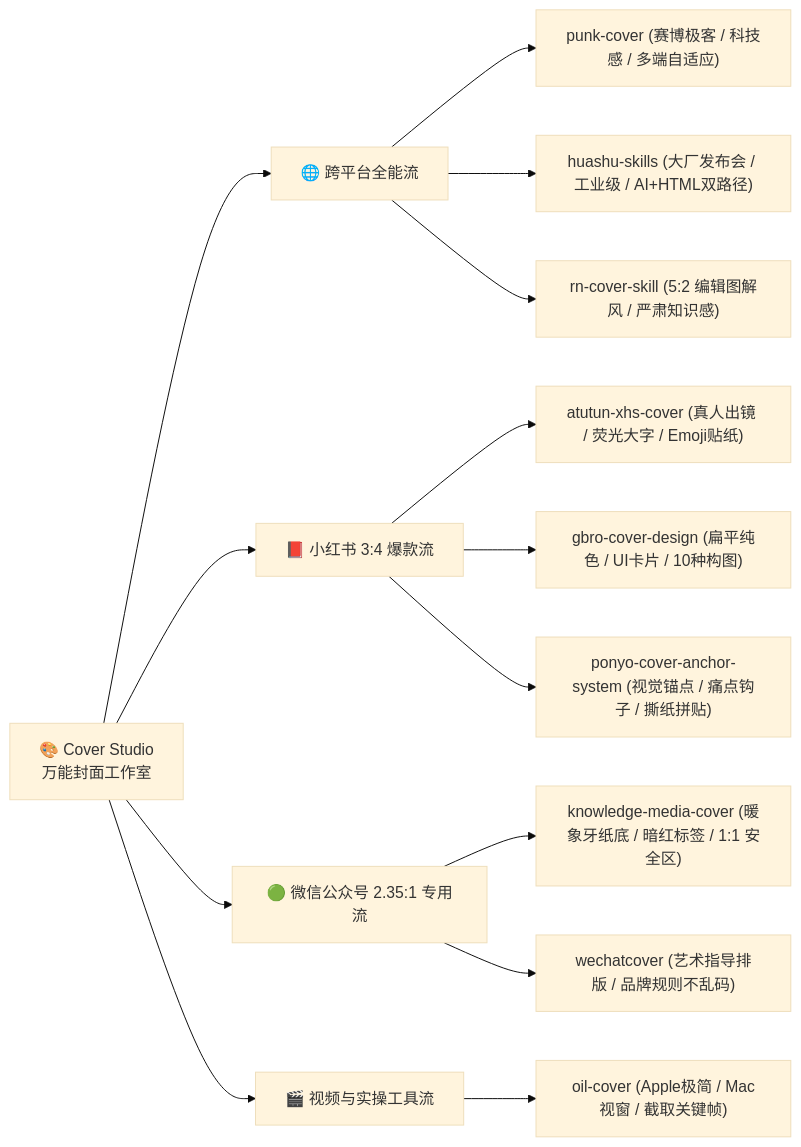
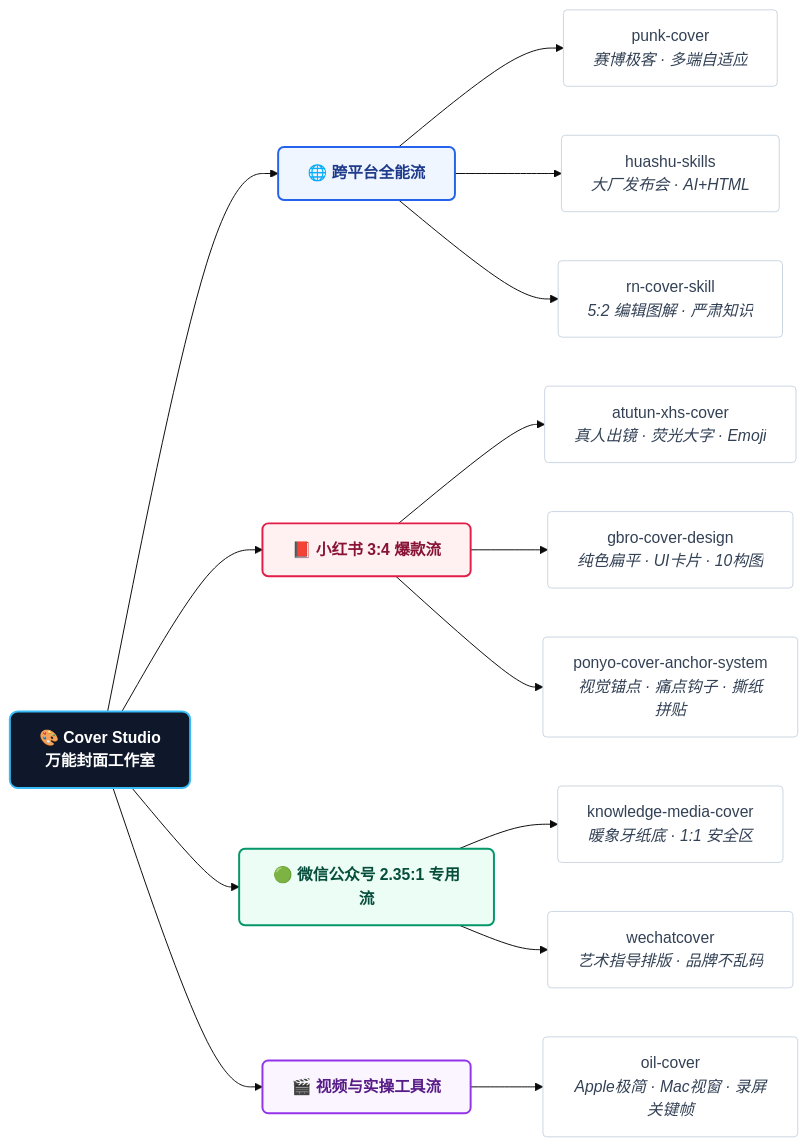
The second of 2 diagrams in README.zh-CN.md (kaomei/cover-studio), drawn with Mermaid (base theme) before and after one commit. The commit also changed other lines of this file and 7 other files, not shown here.

Commit message:
style(docs): elevate Mermaid flowchart UI with modern SaaS color palettes, card boxes and glowing borders

````diff
--- a/README.zh-CN.md
+++ b/README.zh-CN.md
@@ -75,21 +94,28 @@
 ```mermaid
 flowchart LR
-    CS["🎨 Cover Studio<br/>万能封面工作室"]
-    
-    CS --> S1["🌐 跨平台全能流"]
-    S1 --> E1["punk-cover (赛博极客 / 科技感 / 多端自适应)"]
-    S1 --> E2["huashu-skills (大厂发布会 / 工业级 / AI+HTML双路径)"]
-    S1 --> E3["rn-cover-skill (5:2 编辑图解风 / 严肃知识感)"]
+    classDef rootBox fill:#0f172a,stroke:#38bdf8,stroke-width:2px,color:#ffffff,font-weight:bold,rx:8px,ry:8px;
+    classDef cat1 fill:#eff6ff,stroke:#2563eb,stroke-width:2px,color:#1e3a8a,font-weight:bold,rx:6px,ry:6px;
+    classDef cat2 fill:#fff1f2,stroke:#e11d48,stroke-width:2px,color:#881337,font-weight:bold,rx:6px,ry:6px;
+    classDef cat3 fill:#ecfdf5,stroke:#059669,stroke-width:2px,color:#064e3b,font-weight:bold,rx:6px,ry:6px;
+    classDef cat4 fill:#faf5ff,stroke:#9333ea,stroke-width:2px,color:#581c87,font-weight:bold,rx:6px,ry:6px;
+    classDef leaf fill:#ffffff,stroke:#cbd5e1,stroke-width:1px,color:#334155,rx:4px,ry:4px;
 
-    CS --> S2["📕 小红书 3:4 爆款流"]
-    S2 --> E4["atutun-xhs-cover (真人出镜 / 荧光大字 / Emoji贴纸)"]
-    S2 --> E5["gbro-cover-design (扁平纯色 / UI卡片 / 10种构图)"]
-    S2 --> E6["ponyo-cover-anchor-system (视觉锚点 / 痛点钩子 / 撕纸拼贴)"]
+    CS["🎨 Cover Studio<br/>万能封面工作室"]:::rootBox
 
-    CS --> S3["🟢 微信公众号 2.35:1 专用流"]
-    S3 --> E7["knowledge-media-cover (暖象牙纸底 / 暗红标签 / 1:1 安全区)"]
-    S3 --> E8["wechatcover (艺术指导排版 / 品牌规则不乱码)"]
+    CS --> S1["🌐 跨平台全能流"]:::cat1
+    S1 --> E1["punk-cover<br/><i>赛博极客 · 多端自适应</i>"]:::leaf
+    S1 --> E2["huashu-skills<br/><i>大厂发布会 · AI+HTML</i>"]:::leaf
+    S1 --> E3["rn-cover-skill<br/><i>5:2 编辑图解 · 严肃知识</i>"]:::leaf
 
-    CS --> S4["🎬 视频与实操工具流"]
-    S4 --> E9["oil-cover (Apple极简 / Mac视窗 / 截取关键帧)"]
+    CS --> S2["📕 小红书 3:4 爆款流"]:::cat2
+    S2 --> E4["atutun-xhs-cover<br/><i>真人出镜 · 荧光大字 · Emoji</i>"]:::leaf
+    S2 --> E5["gbro-cover-design<br/><i>纯色扁平 · UI卡片 · 10构图</i>"]:::leaf
+    S2 --> E6["ponyo-cover-anchor-system<br/><i>视觉锚点 · 痛点钩子 · 撕纸拼贴</i>"]:::leaf
+
+    CS --> S3["🟢 微信公众号 2.35:1 专用流"]:::cat3
+    S3 --> E7["knowledge-media-cover<br/><i>暖象牙纸底 · 1:1 安全区</i>"]:::leaf
+    S3 --> E8["wechatcover<br/><i>艺术指导排版 · 品牌不乱码</i>"]:::leaf
+
+    CS --> S4["🎬 视频与实操工具流"]:::cat4
+    S4 --> E9["oil-cover<br/><i>Apple极简 · Mac视窗 · 录屏关键帧</i>"]:::leaf
 ```
````
